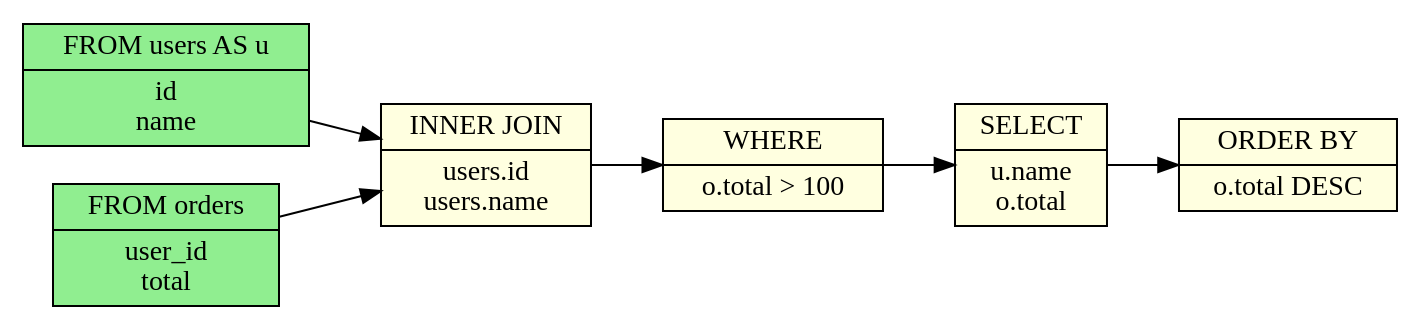
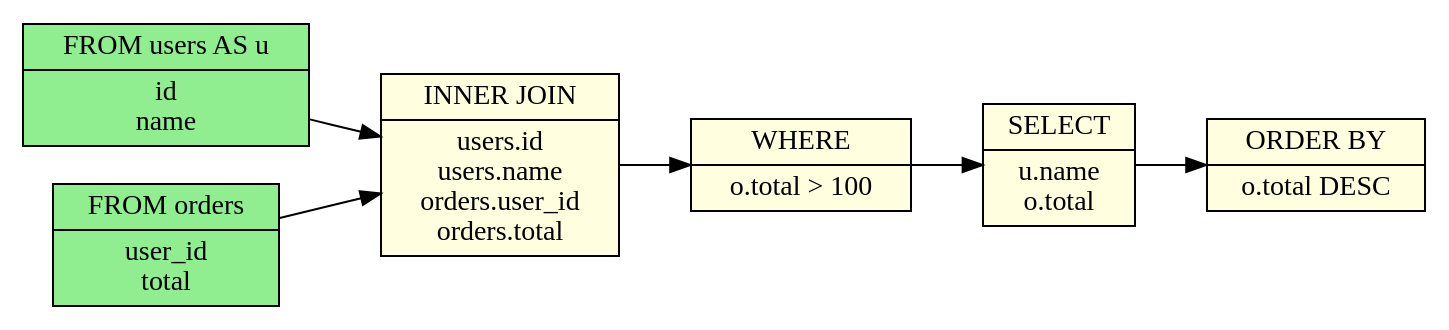
Before and after one commit to rot1024/sqloflow: the diagram in examples/join.dot, drawn with Graphviz. The commit also changed 21 other files, not shown here.

Commit message:
feat: improve mermaid renderer

```diff
--- a/examples/join.dot
+++ b/examples/join.dot
@@ -1,23 +1,23 @@
 digraph schema_flow {
   rankdir=LR;
   node [shape=record];
 
   // Source tables
   node_0 [label="FROM users AS u|id\nname", style=filled, fillcolor=lightgreen];
   table_orders [label="FROM orders|user_id\ntotal", style=filled, fillcolor=lightgreen];
 
   // Operations
   node_2 [label="WHERE|o.total \> 100", style=filled, fillcolor=lightyellow];
   node_3 [label="SELECT|u.name\no.total", style=filled, fillcolor=lightyellow];
   node_4 [label="ORDER BY|o.total DESC", style=filled, fillcolor=lightyellow];
 
   // Data flow edges
 
   // JOIN operations with table info
-  node_1 [label="INNER JOIN|users.id\nusers.name", style=filled, fillcolor=lightyellow];
+  node_1 [label="INNER JOIN|users.id\nusers.name\norders.user_id\norders.total", style=filled, fillcolor=lightyellow];
   node_0 -> node_1;
   node_1 -> node_2;
   node_2 -> node_3;
   node_3 -> node_4;
   table_orders -> node_1;
 }
```
